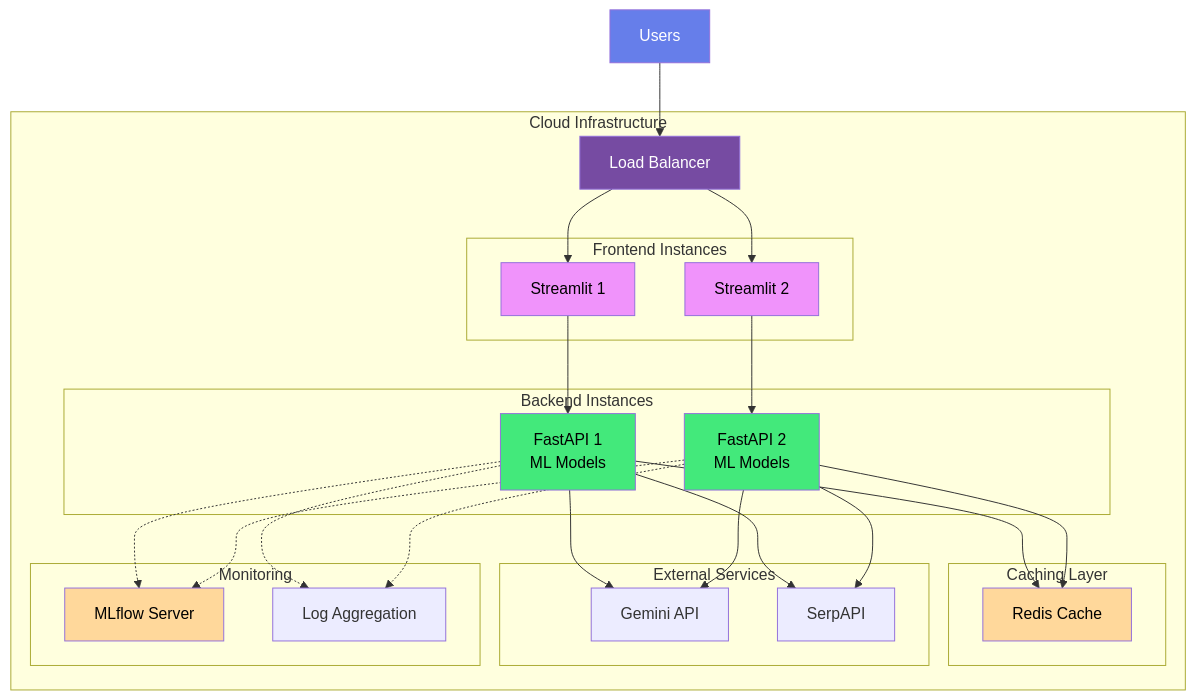
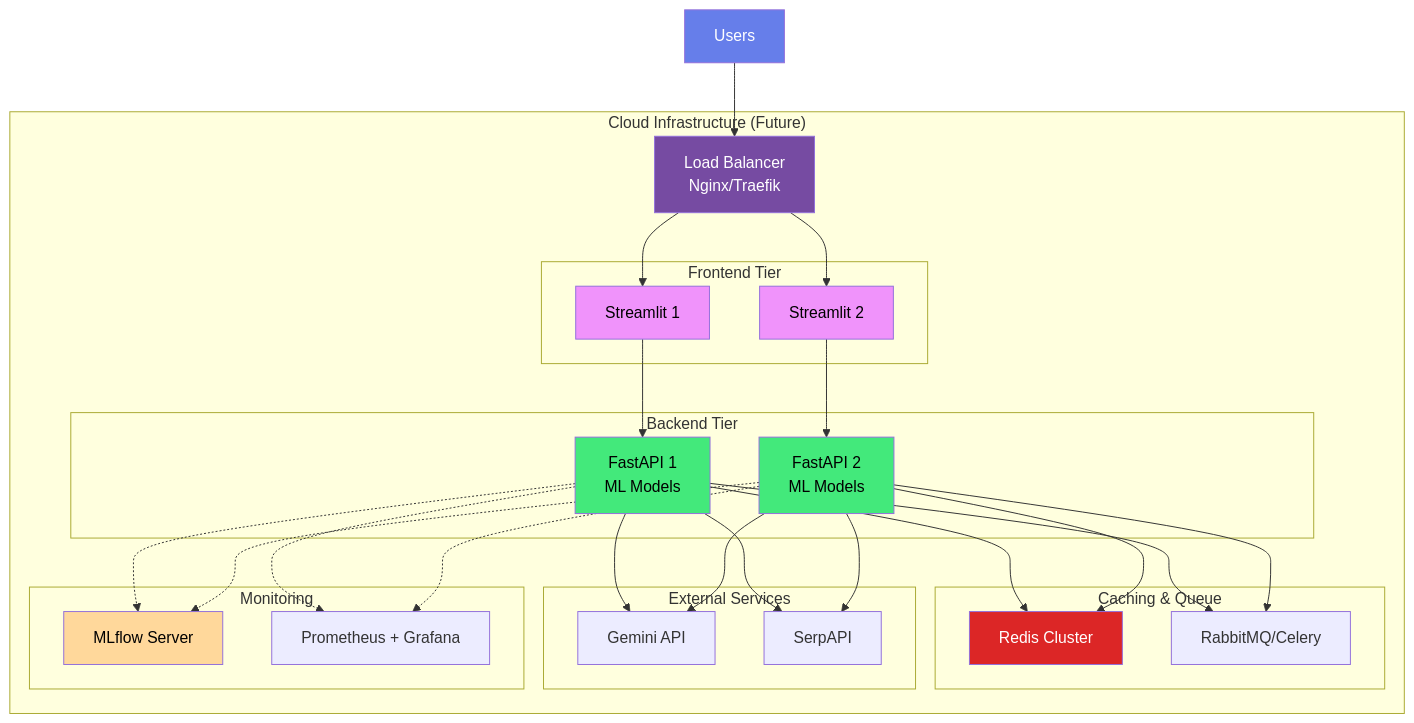
Diagram 11 of 11 in docs/ARCHITECTURE.md (Shabeehak/ClarifyProductsAI), drawn with Mermaid before and after one commit. The commit also changed other lines of this file and 4 other files, not shown here.

````diff
--- a/docs/ARCHITECTURE.md
+++ b/docs/ARCHITECTURE.md
@@ -425,59 +467,62 @@
 ```mermaid
 graph TB
-    subgraph "Cloud Infrastructure"
-        LB[Load Balancer]
+    subgraph "Cloud Infrastructure (Future)"
+        LB[Load Balancer<br/>Nginx/Traefik]
 
-        subgraph "Frontend Instances"
+        subgraph "Frontend Tier"
             FE1[Streamlit 1]
             FE2[Streamlit 2]
         end
 
-        subgraph "Backend Instances"
+        subgraph "Backend Tier"
             BE1[FastAPI 1<br/>ML Models]
             BE2[FastAPI 2<br/>ML Models]
         end
 
-        subgraph "Caching Layer"
-            Redis[Redis Cache]
+        subgraph "Caching & Queue"
+            Redis[Redis Cluster]
+            Queue[RabbitMQ/Celery]
         end
 
         subgraph "External Services"
             Gemini[Gemini API]
             Serp[SerpAPI]
         end
 
         subgraph "Monitoring"
             MLflow[MLflow Server]
-            Logs[Log Aggregation]
+            Prometheus[Prometheus + Grafana]
         end
     end
 
     Users[Users] --> LB
     LB --> FE1
     LB --> FE2
 
     FE1 --> BE1
     FE2 --> BE2
 
     BE1 --> Redis
     BE2 --> Redis
+    BE1 --> Queue
+    BE2 --> Queue
 
     BE1 --> Gemini
     BE1 --> Serp
     BE2 --> Gemini
     BE2 --> Serp
 
     BE1 -.-> MLflow
     BE2 -.-> MLflow
-    BE1 -.-> Logs
-    BE2 -.-> Logs
+    BE1 -.-> Prometheus
+    BE2 -.-> Prometheus
 
     style Users fill:#667eea,color:#fff
     style LB fill:#764ba2,color:#fff
     style FE1 fill:#f093fb,color:#000
     style FE2 fill:#f093fb,color:#000
     style BE1 fill:#43e97b,color:#000
     style BE2 fill:#43e97b,color:#000
-    style Redis fill:#ffd89b,color:#000
+    style Redis fill:#dc2626,color:#fff
     style MLflow fill:#ffd89b,color:#000
 ```
````
